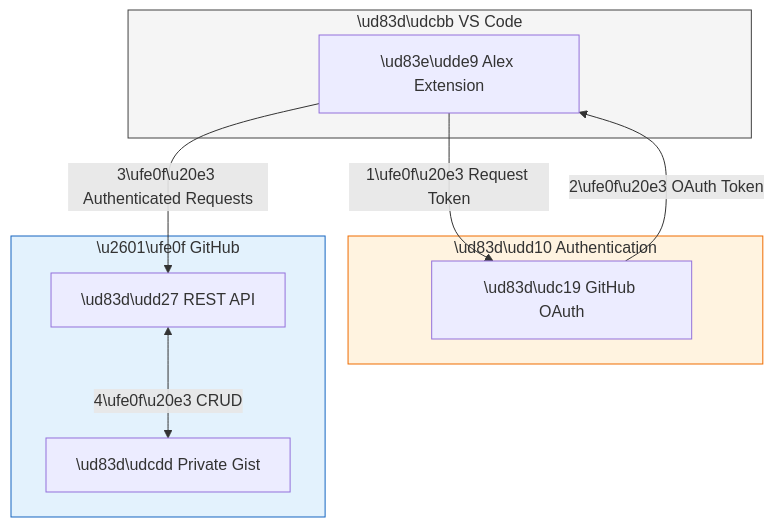
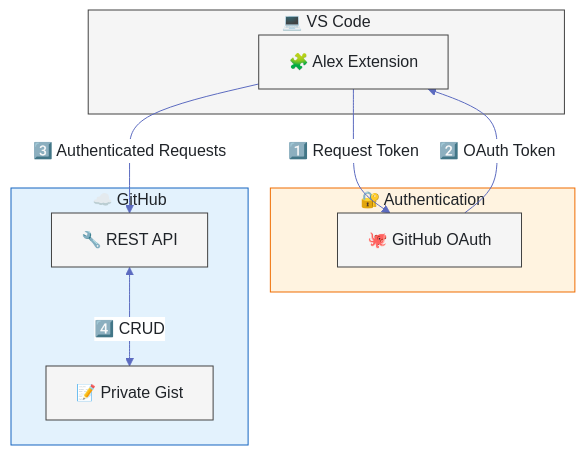
One commit to fabioc-aloha/Alex_Plug_In changed the second of 7 diagrams in alex_docs/CLOUD-SYNC.md. Above: the diagram before and after it, drawn with Mermaid. The commit also changed other lines of this file and 15 other files, not shown here.

First line of the commit message:
feat: Skill architecture v1.0 + Mermaid diagram fixes

````diff
--- a/alex_docs/CLOUD-SYNC.md
+++ b/alex_docs/CLOUD-SYNC.md
@@ -58,24 +59,25 @@
 ```mermaid
+%%{init: {'theme': 'base', 'themeVariables': { 'primaryColor': '#f5f5f5', 'primaryTextColor': '#1f2328', 'primaryBorderColor': '#424242', 'lineColor': '#5c6bc0', 'secondaryColor': '#e3f2fd', 'tertiaryColor': '#fff', 'edgeLabelBackground': '#ffffff' }}}%%
 flowchart TD
-    subgraph VSCODE["\ud83d\udcbb VS Code"]
-        EXT["\ud83e\udde9 Alex Extension"]
+    subgraph VSCODE["💻 VS Code"]
+        EXT["🧩 Alex Extension"]
     end
 
-    subgraph AUTH["\ud83d\udd10 Authentication"]
-        GH_AUTH["\ud83d\udc19 GitHub OAuth"]
+    subgraph AUTH["🔐 Authentication"]
+        GH_AUTH["🐙 GitHub OAuth"]
     end
 
-    subgraph GITHUB["\u2601\ufe0f GitHub"]
-        API["\ud83d\udd27 REST API"]
-        GIST["\ud83d\udcdd Private Gist"]
+    subgraph GITHUB["☁️ GitHub"]
+        API["🔧 REST API"]
+        GIST["📝 Private Gist"]
     end
 
-    EXT -->|"1\ufe0f\u20e3 Request Token"| GH_AUTH
-    GH_AUTH -->|"2\ufe0f\u20e3 OAuth Token"| EXT
-    EXT -->|"3\ufe0f\u20e3 Authenticated Requests"| API
-    API <-->|"4\ufe0f\u20e3 CRUD"| GIST
+    EXT -->|"1️⃣ Request Token"| GH_AUTH
+    GH_AUTH -->|"2️⃣ OAuth Token"| EXT
+    EXT -->|"3️⃣ Authenticated Requests"| API
+    API <-->|"4️⃣ CRUD"| GIST
 
-    style VSCODE fill:#f5f5f5,stroke:#424242
-    style AUTH fill:#fff3e0,stroke:#ef6c00
-    style GITHUB fill:#e3f2fd,stroke:#1565c0
+    style VSCODE fill:#f5f5f5,stroke:#424242,color:#1f2328
+    style AUTH fill:#fff3e0,stroke:#ef6c00,color:#1f2328
+    style GITHUB fill:#e3f2fd,stroke:#1565c0,color:#1f2328
 ```
````
